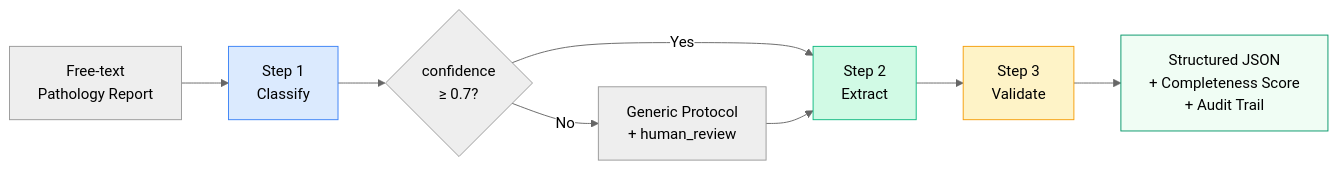
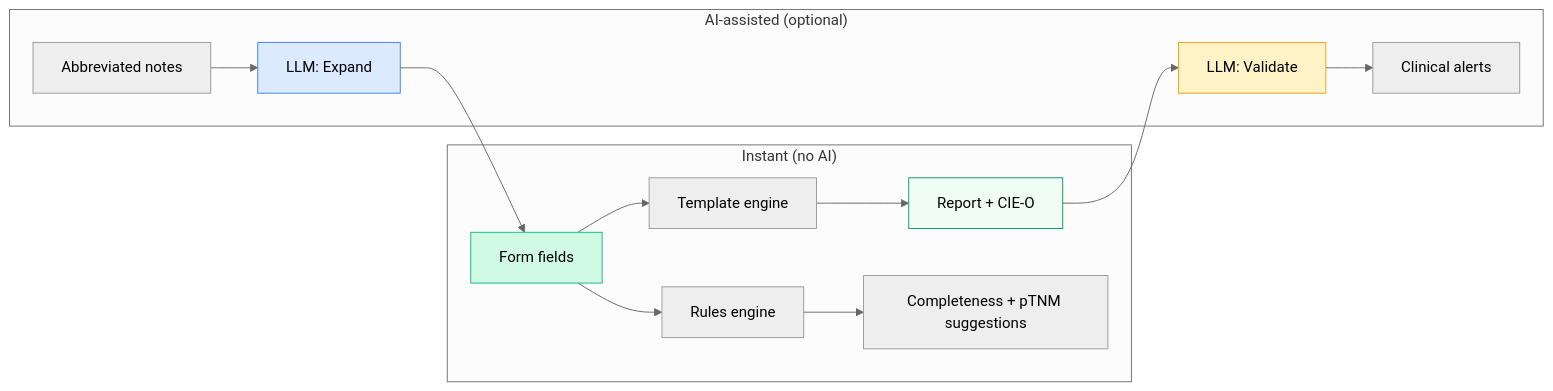
One commit to solfloreslab/pathology-report-assistant changed the diagram in README.md. Above: the diagram before and after it, drawn with Mermaid (neutral theme). The commit also changed other lines of this file, not shown here.

First line of the commit message:
Update README with copilot/auditor architecture, preserve tab state

````diff
--- a/README.md
+++ b/README.md
@@ -26,15 +40,21 @@
 ```mermaid
 flowchart LR
-    A["Free-text\nPathology Report"] --> B["Step 1\nClassify"]
-    B --> C{"confidence\n≥ 0.7?"}
-    C -- Yes --> D["Step 2\nExtract"]
-    C -- No --> E["Generic Protocol\n+ human_review"]
-    E --> D
-    D --> F["Step 3\nValidate"]
-    F --> G["Structured JSON\n+ Completeness Score\n+ Audit Trail"]
+    subgraph Instant ["Instant (no AI)"]
+        A["Form fields"] --> B["Template engine"]
+        B --> C["Report + CIE-O"]
+        A --> D["Rules engine"]
+        D --> E["Completeness + pTNM suggestions"]
+    end
 
-    style B fill:#dbeafe,stroke:#3b82f6
-    style D fill:#d1fae5,stroke:#10b981
-    style F fill:#fef3c7,stroke:#f59e0b
-    style G fill:#f0fdf4,stroke:#059669
+    subgraph AI ["AI-assisted (optional)"]
+        F["Abbreviated notes"] --> G["LLM: Expand"]
+        G --> A
+        C --> H["LLM: Validate"]
+        H --> I["Clinical alerts"]
+    end
+
+    style A fill:#d1fae5,stroke:#10b981
+    style C fill:#f0fdf4,stroke:#059669
+    style G fill:#dbeafe,stroke:#3b82f6
+    style H fill:#fef3c7,stroke:#f59e0b
 ```
````
